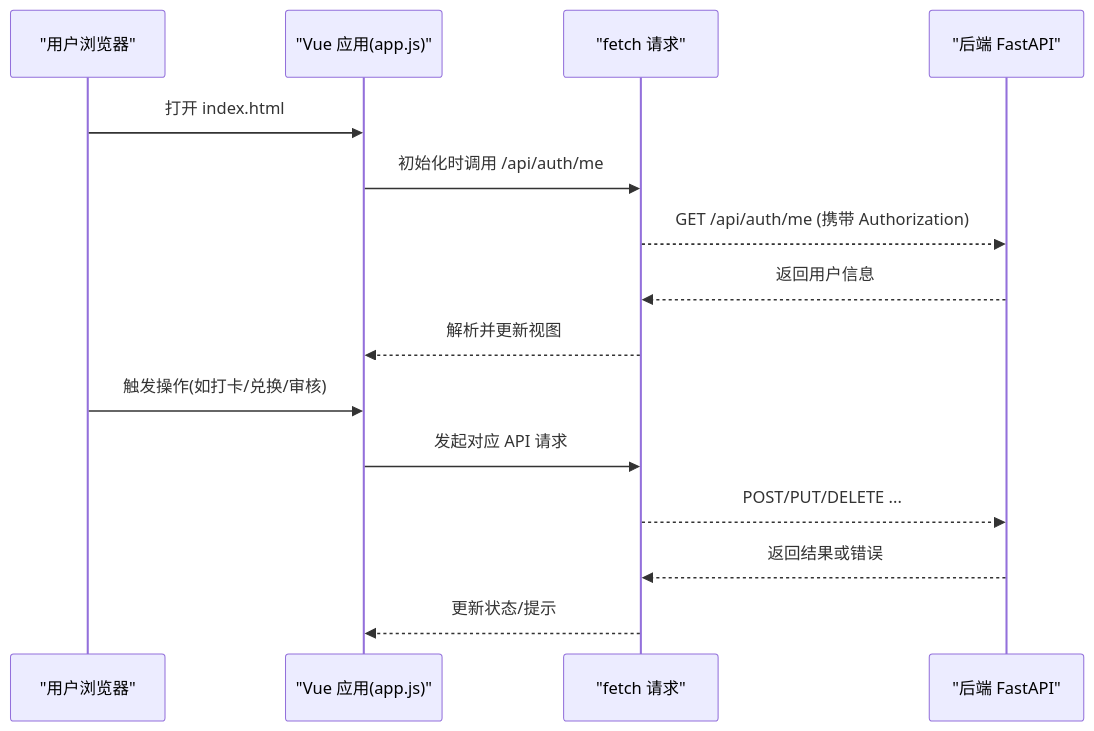
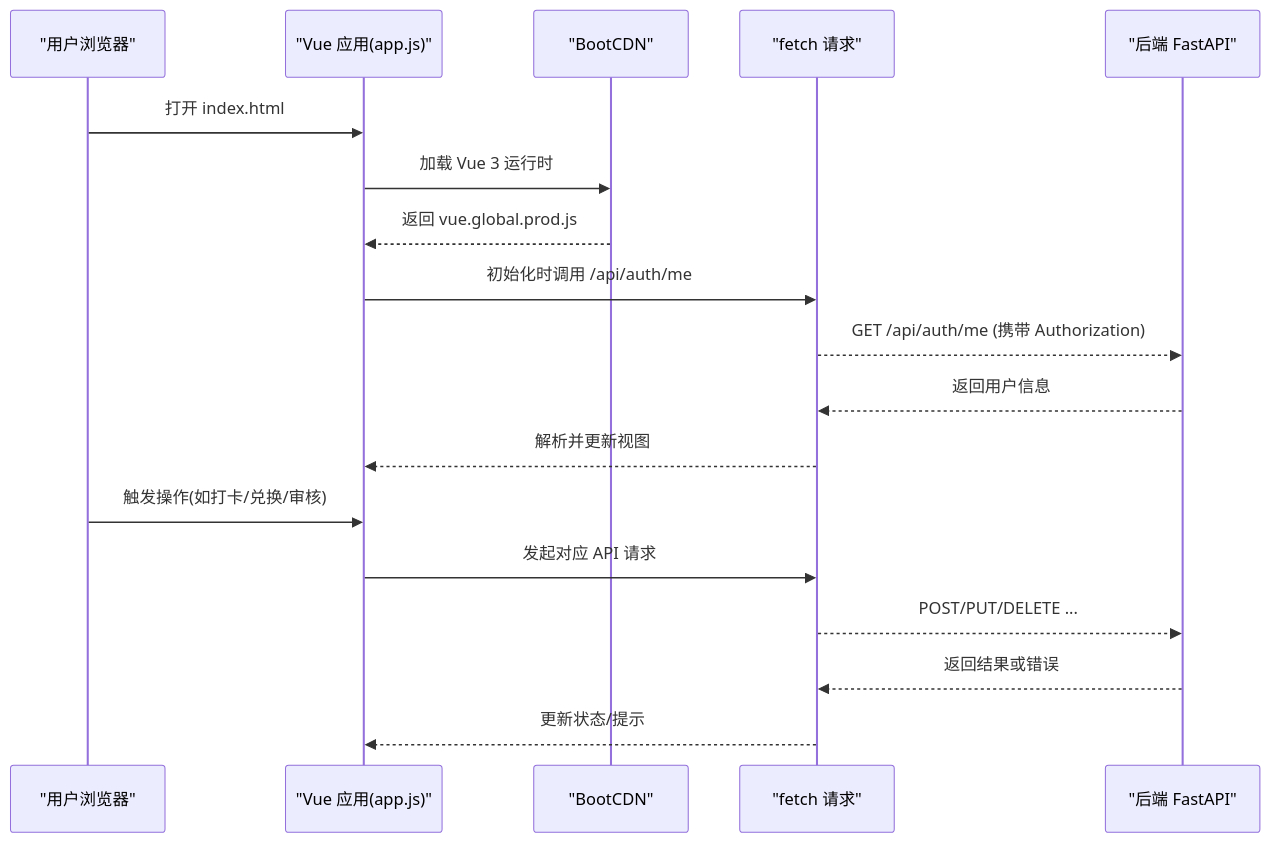
Before and after one commit to onebody/homework: the second of 5 diagrams in .qoder/repowiki/zh/content/项目概述/暑假作业打卡系统介绍/系统架构设计/前端架构设计.md, drawn with Mermaid. The commit also changed other lines of this file and 14 other files, not shown here.

````diff
--- a/.qoder/repowiki/zh/content/项目概述/暑假作业打卡系统介绍/系统架构设计/前端架构设计.md
+++ b/.qoder/repowiki/zh/content/项目概述/暑假作业打卡系统介绍/系统架构设计/前端架构设计.md
@@ -95,17 +108,20 @@
 ```mermaid
 sequenceDiagram
 participant U as "用户浏览器"
 participant V as "Vue 应用(app.js)"
+participant C as "BootCDN"
 participant F as "fetch 请求"
 participant B as "后端 FastAPI"
 U->>V : 打开 index.html
+V->>C : 加载 Vue 3 运行时
+C-->>V : 返回 vue.global.prod.js
 V->>F : 初始化时调用 /api/auth/me
 F-->>B : GET /api/auth/me (携带 Authorization)
 B-->>F : 返回用户信息
 F-->>V : 解析并更新视图
 U->>V : 触发操作(如打卡/兑换/审核)
 V->>F : 发起对应 API 请求
 F-->>B : POST/PUT/DELETE ...
 B-->>F : 返回结果或错误
 F-->>V : 更新状态/提示
 ```
````
